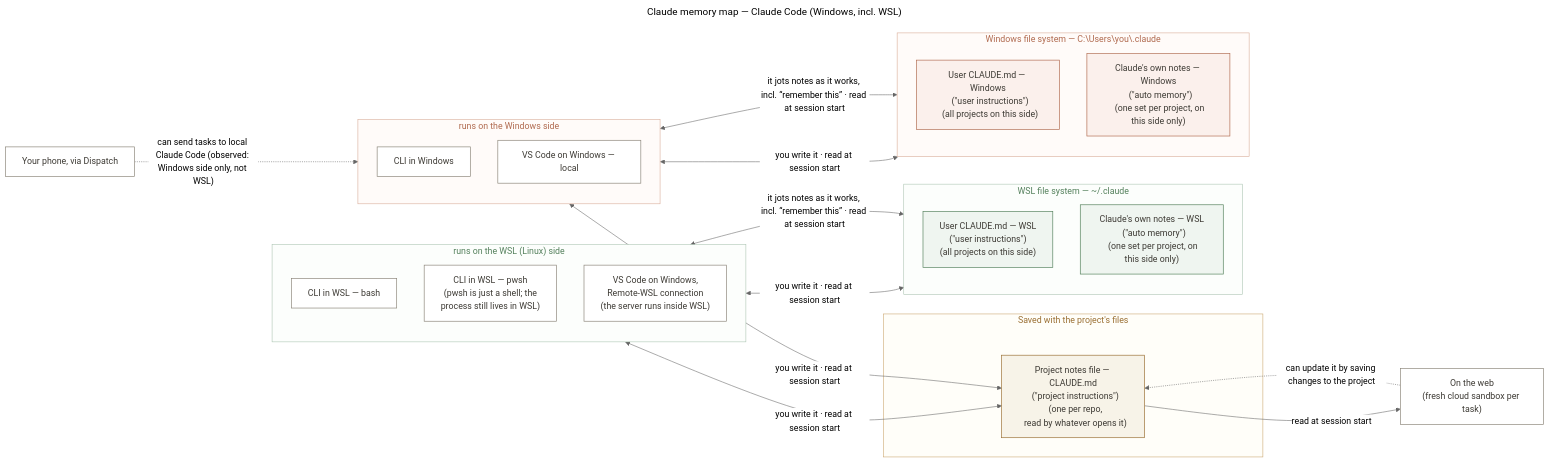
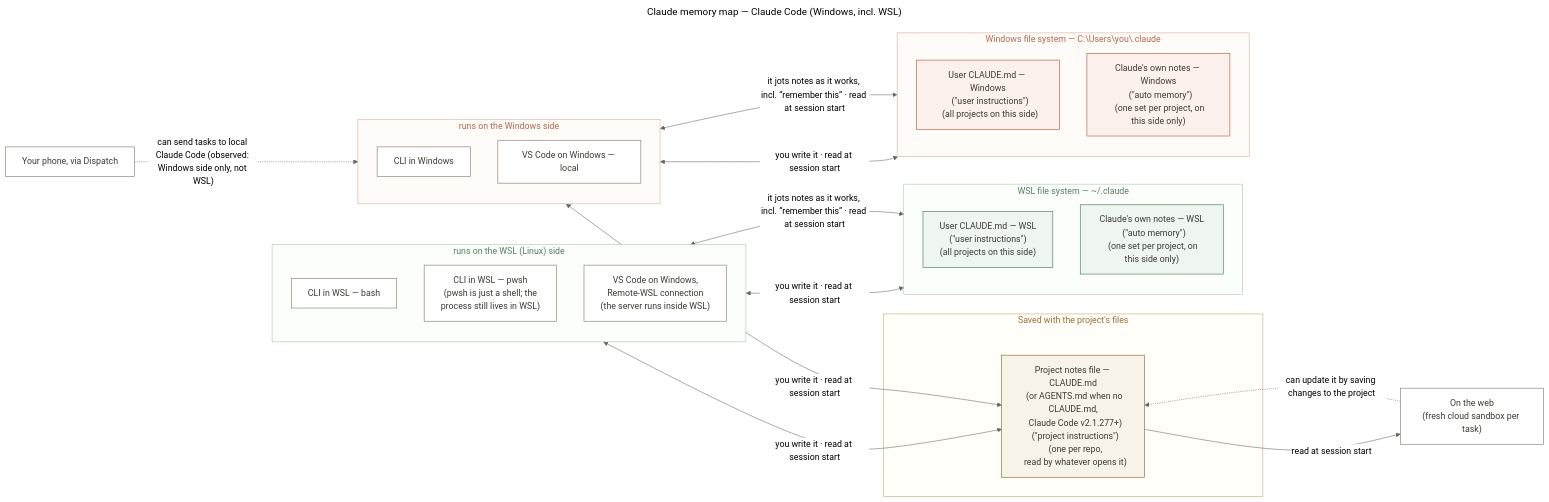
One commit to Adam-S-Daniel/claude-memory-map changed the diagram in suite/claude-code-windows.mermaid. Above: the diagram before and after it, drawn with Mermaid (neutral theme). The commit also changed 8 other files, not shown here.

First line of the commit message:
Keep committed diagrams aligned with their generator

```diff
--- a/suite/claude-code-windows.mermaid
+++ b/suite/claude-code-windows.mermaid
@@ -1,84 +1,86 @@
 ---
 title: "Claude memory map — Claude Code (Windows, incl. WSL)"
 ---
 flowchart LR
 
 subgraph WSLSIDE["runs on the WSL (Linux) side"]
 direction TB
   K1["CLI in WSL — bash"]
   K2["CLI in WSL — pwsh
   (pwsh is just a shell; the
   process still lives in WSL)"]
   K3["VS Code on Windows,
   Remote-WSL connection
   (the server runs inside WSL)"]
 end
 
 subgraph WINSIDE["runs on the Windows side"]
 direction TB
   K4["CLI in Windows"]
   K5["VS Code on Windows — local"]
 end
 
 C5["On the web
 (fresh cloud sandbox per task)"]
 
 subgraph REPO["Saved with the project's files"]
   S4["Project notes file — CLAUDE.md
+  (or AGENTS.md when no CLAUDE.md,
+  Claude Code v2.1.277+)
   (&quot;project instructions&quot;)
   (one per repo,
   read by whatever opens it)"]
 end
 
 subgraph WSLFS["WSL file system — ~/.claude"]
 direction TB
   W1["User CLAUDE.md — WSL
   (&quot;user instructions&quot;)
   (all projects on this side)"]
   W2["Claude's own notes — WSL
   (&quot;auto memory&quot;)
   (one set per project, on this side only)"]
 end
 
 subgraph WINFS["Windows file system — C:\Users\you\.claude"]
 direction TB
   N1["User CLAUDE.md — Windows
   (&quot;user instructions&quot;)
   (all projects on this side)"]
   N2["Claude's own notes — Windows
   (&quot;auto memory&quot;)
   (one set per project, on this side only)"]
 end
 
 WSLSIDE <-- "you write it · read at session start" --> W1
 WSLSIDE <-- "it jots notes as it works, incl. “remember this” · read at session start" --> W2
 WSLSIDE <-- "you write it · read at session start" --> S4
 
 WINSIDE <-- "you write it · read at session start" --> N1
 WINSIDE <-- "it jots notes as it works, incl. “remember this” · read at session start" --> N2
 WINSIDE <-- "you write it · read at session start" --> S4
 
 S4 -- "read at session start" --> C5
 C5 -. "can update it by saving changes to the project" .-> S4
 
 C8["Your phone, via Dispatch"]
 
 C8 -. "can send tasks to local Claude Code (observed: Windows side only, not WSL)" .-> WINSIDE
 
 classDef ctx fill:#FFFFFF,stroke:#8A8478,stroke-width:1.2px,color:#3D3A34
 classDef quiet fill:#FDFBF7,stroke:#B7B1A4,stroke-width:1px,color:#6B675E
 classDef acct fill:#EEF3F8,stroke:#4A6B8F,stroke-width:1.2px,color:#3D3A34
 classDef repo fill:#F7F3E8,stroke:#9A6F33,stroke-width:1.2px,color:#3D3A34
 classDef wsl fill:#EFF5F0,stroke:#54805C,stroke-width:1.2px,color:#3D3A34
 classDef win fill:#FBF0EC,stroke:#B06A4F,stroke-width:1.2px,color:#3D3A34
 classDef mac fill:#EDF1F5,stroke:#5B6B7F,stroke-width:1.2px,color:#3D3A34
 classDef cwloc fill:#F6EFF4,stroke:#8F5C82,stroke-width:1.2px,color:#3D3A34
 class K1,K2,K3,K4,K5,C5,C8 ctx
 class S4 repo
 class W1,W2 wsl
 class N1,N2 win
 style WSLSIDE fill:#FCFEFC,stroke:#A9C2AF,stroke-width:1px,color:#54805C
 style WINSIDE fill:#FFFBF9,stroke:#D6A893,stroke-width:1px,color:#B06A4F
 style REPO fill:#FFFEF9,stroke:#C9A36B,stroke-width:1px,color:#9A6F33
 style WSLFS fill:#FCFEFC,stroke:#A9C2AF,stroke-width:1px,color:#54805C
 style WINFS fill:#FFFBF9,stroke:#D6A893,stroke-width:1px,color:#B06A4F
```
